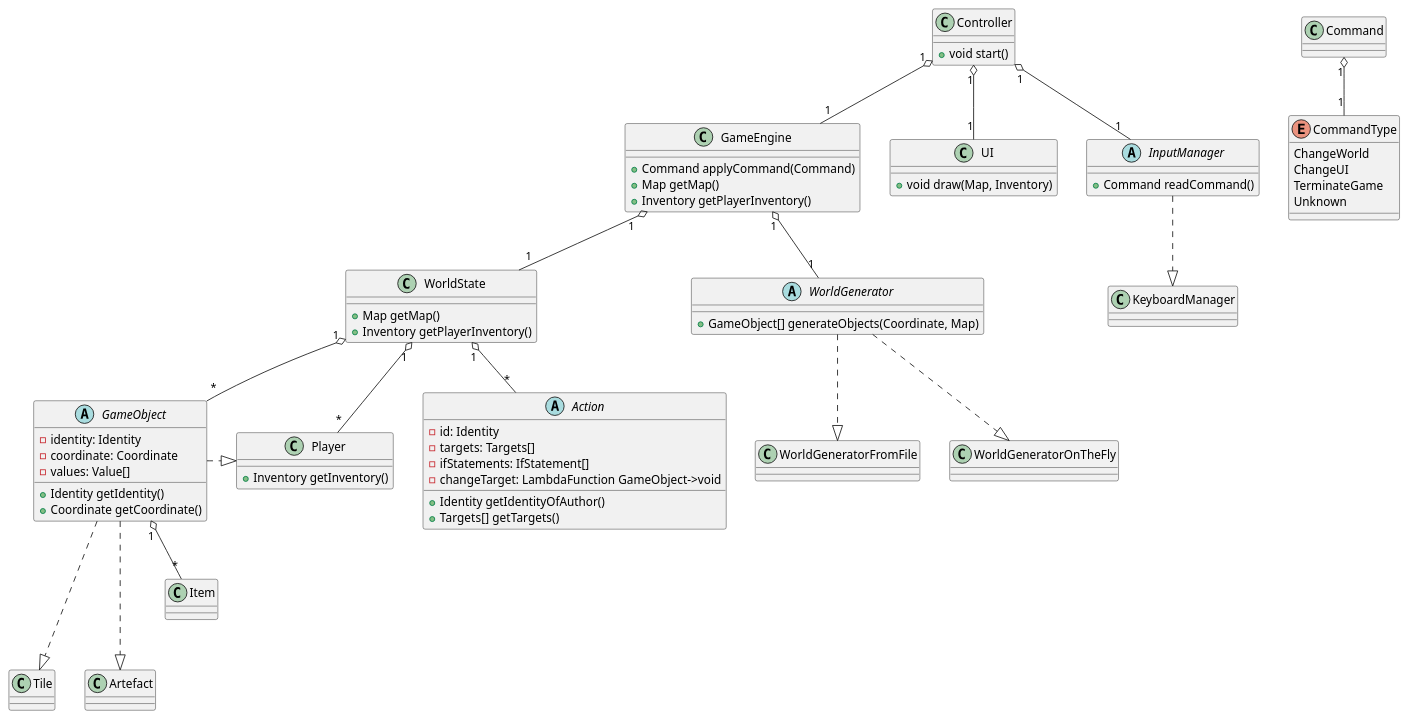
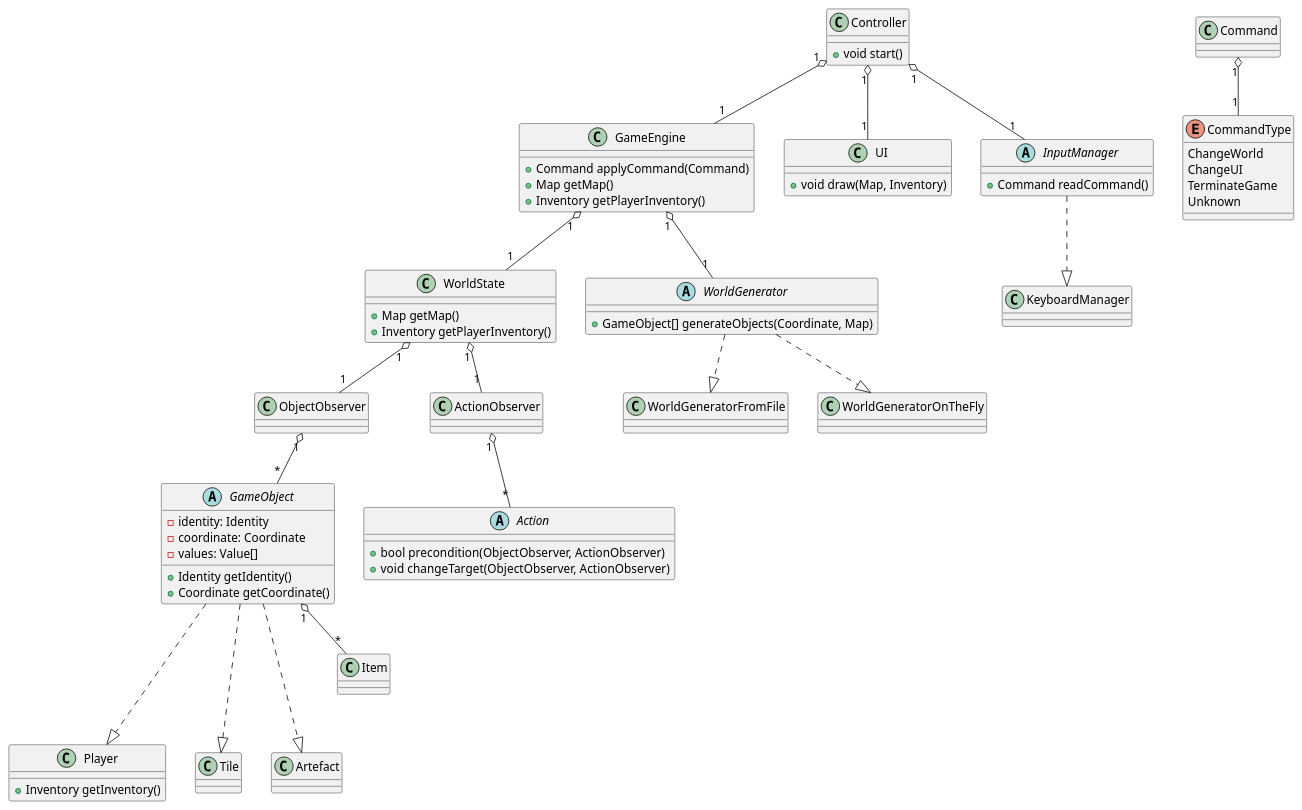
One commit to ruthenium96/roguelike changed the diagram in architecture/class.puml. Above: the diagram before and after it, drawn with PlantUML. The commit also changed 2 other files, not shown here.

Commit message:
TODOs, class diagram small update

```diff
--- a/architecture/class.puml
+++ b/architecture/class.puml
@@ -1,111 +1,110 @@
 @startuml
 'https://plantuml.com/class-diagram
 
 'The main class controlling game logic, UI and user input.
 class Controller {
 'Start game.
 + void start()
 }
 
 Controller "1" o-- "1" GameEngine
 Controller "1" o-- "1" UI
 Controller "1" o-- "1" InputManager
 
 'INPUT SECTION:
 abstract InputManager {
 'This function waits for user input and returns Command.
 +Command readCommand()
 }
 
 InputManager -.|> KeyboardManager
 
 class Command {
 }
 
 Command "1" o-- "1" CommandType
 
 enum CommandType {
 ChangeWorld
 ChangeUI
 TerminateGame
 Unknown
 }
 
 'UI SECTION:
 
 class UI {
 'Draws game, based on Map and Inventory information.
 +void draw(Map, Inventory)
 }
 
 'WORLD LOGIC SECTION
 
 class GameEngine {
 'Takes Action from Controller and apply it to WorldState.
 + Command applyCommand(Command)
 'Get Map, based on WorldState.
 + Map getMap()
 'Get Inventory of Player, based on WorldState.
 + Inventory getPlayerInventory()
 }
 
 GameEngine "1" o-- "1" WorldState
 GameEngine "1" o-- "1" WorldGenerator
 
 abstract WorldGenerator {
 'Return GameObjects on new Coordinate, using information from Map.
 + GameObject[] generateObjects(Coordinate, Map)
 }
 
 WorldGenerator -.|> WorldGeneratorFromFile
 WorldGenerator -.|> WorldGeneratorOnTheFly
 
 class WorldState {
 'Return Map.
 + Map getMap()
 'Return Inventory of Player.
 + Inventory getPlayerInventory()
 }
 
-WorldState "1" o-- "*" GameObject
-WorldState "1" o-- "*" Player
+WorldState "1" o-- "1" ObjectObserver
+ObjectObserver "1" o-- "*" GameObject
+
 
 'Object is something with Coordinate, Item[], Action[]
 abstract class GameObject {
 - identity: Identity
 + Identity getIdentity()
 - coordinate: Coordinate
 + Coordinate getCoordinate()
 - values: Value[]
 }
 
 'Player is self-explaining
 class Player {
 +Inventory getInventory()
 }
 'Tile is something like floor, each coordinate has to have one Tile
 class Tile
 'Artefact is something able to hold Item (like chest or just item).
 'It is required because Item is not GameObject.
 class Artefact
 
 GameObject --.|> Tile
-GameObject .|> Player
+GameObject --.|> Player
 GameObject --.|> Artefact
 
 'Item is self-explaining
 class Item
 'Action is attempt of GameObject to change the World (including itself)
 abstract class Action {
-- id: Identity
-+ Identity getIdentityOfAuthor()
-- targets: Targets[]
-+ Targets[] getTargets()
-- ifStatements: IfStatement[]
-- changeTarget: LambdaFunction GameObject->void
++ bool precondition(ObjectObserver, ActionObserver)
++ void changeTarget(ObjectObserver, ActionObserver)
 }
 
 GameObject "1" o-- "*" Item
-WorldState "1" o-- "*" Action
+
+WorldState "1" o-- "1" ActionObserver
+ActionObserver "1" o-- "*" Action
 
 @enduml
```
